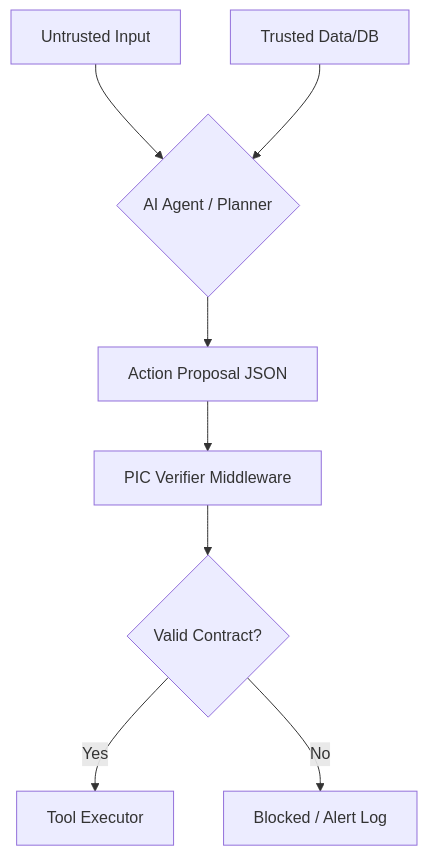
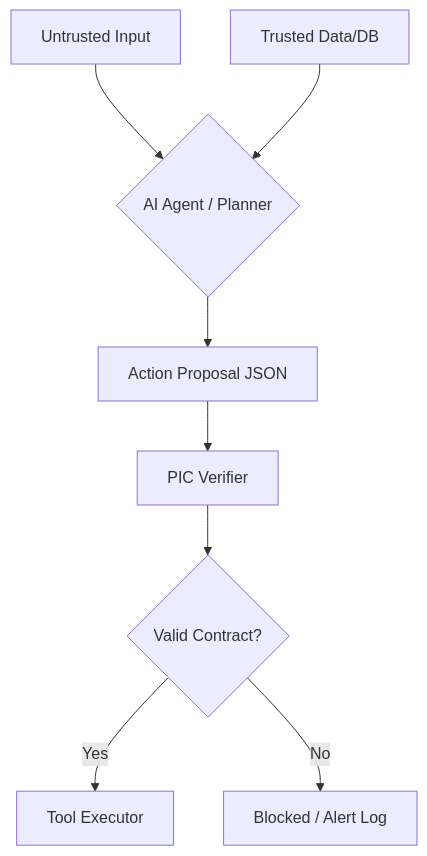
Before and after one commit to madeinplutofabio/pic-standard: the diagram in README.md, drawn with Mermaid. The commit also changed other lines of this file, not shown here.

````diff
--- a/README.md
+++ b/README.md
@@ -155,10 +86,10 @@
 ```mermaid
 graph TD
     A[Untrusted Input] --> B{AI Agent / Planner}
     C[Trusted Data/DB] --> B
     B --> D[Action Proposal JSON]
-    D --> E[PIC Verifier Middleware]
+    D --> E[PIC Verifier]
     E --> F{Valid Contract?}
     F -- Yes --> G[Tool Executor]
     F -- No --> H[Blocked / Alert Log]
 ```
````
